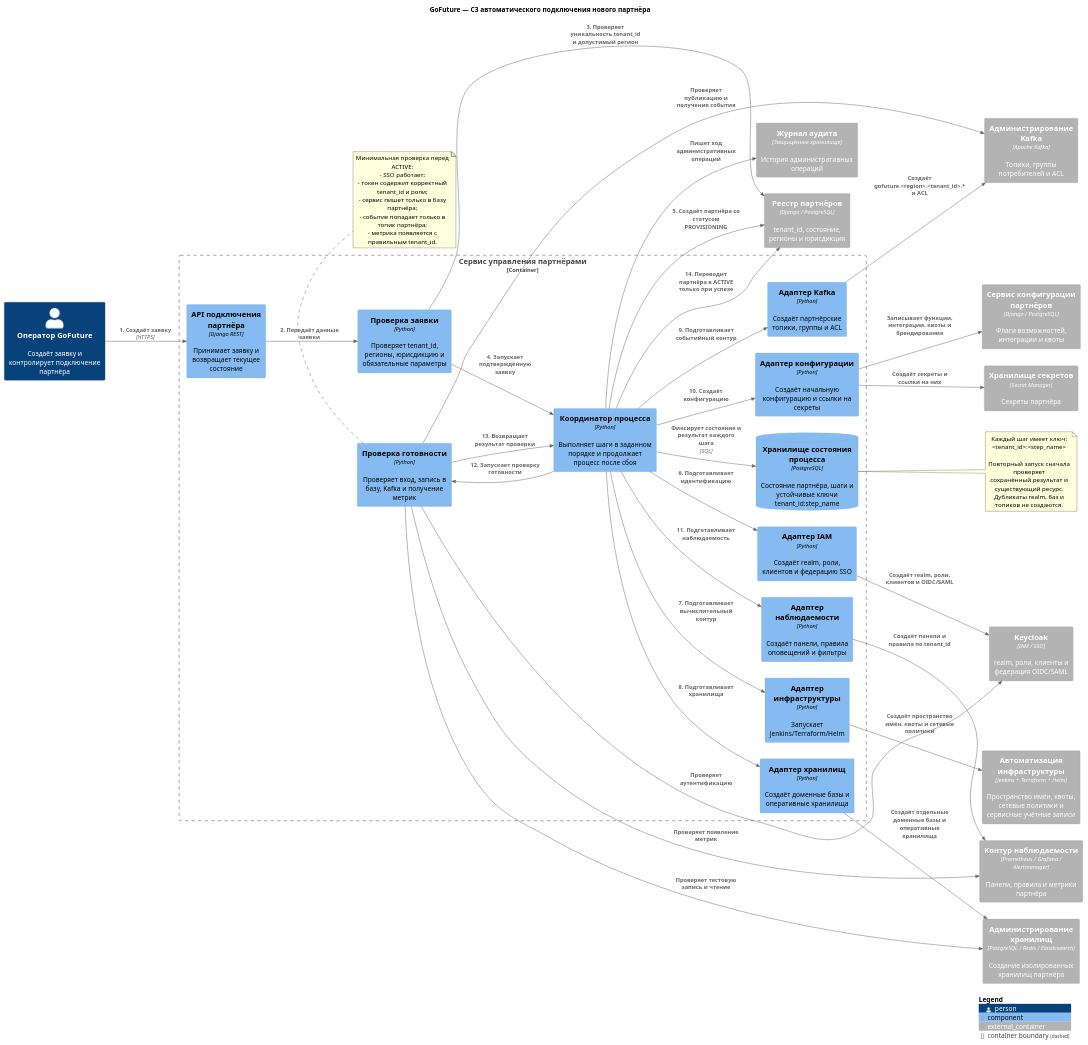
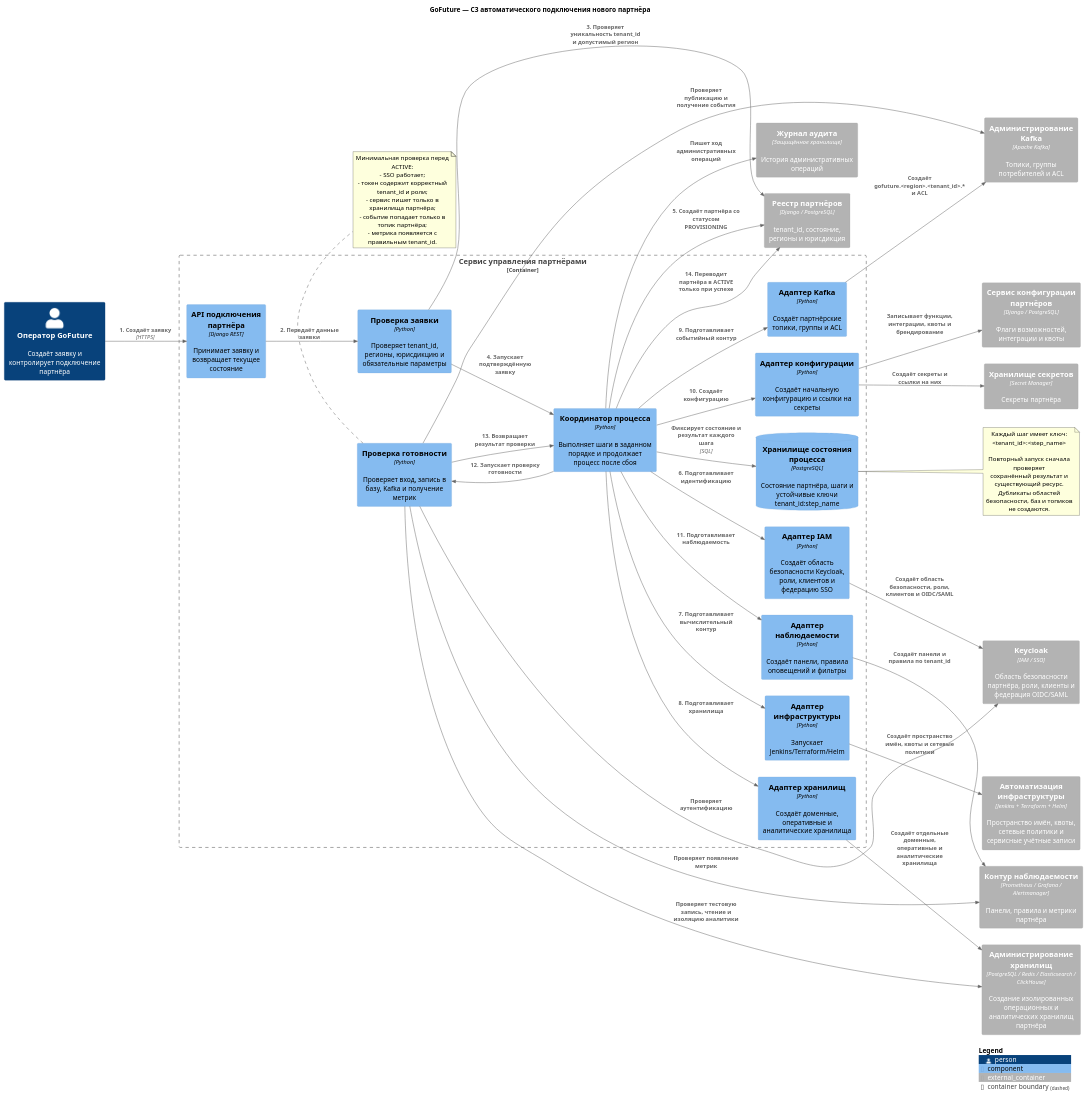
Before and after one commit to FFinn/MSA-GoFuture-v1: the diagram in Task4/C3-partner-provisioning.puml, drawn with PlantUML.

Commit message:
Task4: уточнить создание аналитики и терминологию IAM

```diff
--- a/Task4/C3-partner-provisioning.puml
+++ b/Task4/C3-partner-provisioning.puml
@@ -1,87 +1,88 @@
 @startuml GoFuture_C3_Partner_Provisioning_Task4
 !include https://raw.githubusercontent.com/plantuml-stdlib/C4-PlantUML/master/C4_Component.puml
 
 LAYOUT_LEFT_RIGHT()
 title GoFuture — C3 автоматического подключения нового партнёра
 
 Person(operator, "Оператор GoFuture", "Создаёт заявку и контролирует подключение партнёра")
 
 Container_Ext(tenant_registry, "Реестр партнёров", "Django / PostgreSQL", "tenant_id, состояние, регионы и юрисдикция")
-Container_Ext(iam, "Keycloak", "IAM / SSO", "realm, роли, клиенты и федерация OIDC/SAML")
+Container_Ext(iam, "Keycloak", "IAM / SSO", "Область безопасности партнёра, роли, клиенты и федерация OIDC/SAML")
 Container_Ext(automation, "Автоматизация инфраструктуры", "Jenkins + Terraform + Helm", "Пространство имён, квоты, сетевые политики и сервисные учётные записи")
-Container_Ext(data_platform, "Администрирование хранилищ", "PostgreSQL / Redis / Elasticsearch", "Создание изолированных хранилищ партнёра")
+Container_Ext(data_platform, "Администрирование хранилищ", "PostgreSQL / Redis / Elasticsearch / ClickHouse", "Создание изолированных операционных и аналитических хранилищ партнёра")
 Container_Ext(kafka_admin, "Администрирование Kafka", "Apache Kafka", "Топики, группы потребителей и ACL")
 Container_Ext(config_service, "Сервис конфигурации партнёров", "Django / PostgreSQL", "Флаги возможностей, интеграции и квоты")
 Container_Ext(secret_manager, "Хранилище секретов", "Secret Manager", "Секреты партнёра")
 Container_Ext(observability, "Контур наблюдаемости", "Prometheus / Grafana / Alertmanager", "Панели, правила и метрики партнёра")
 Container_Ext(audit, "Журнал аудита", "Защищённое хранилище", "История административных операций")
 
 Container_Boundary(provisioning_service, "Сервис управления партнёрами") {
     Component(api, "API подключения партнёра", "Django REST", "Принимает заявку и возвращает текущее состояние")
     Component(validator, "Проверка заявки", "Python", "Проверяет tenant_id, регионы, юрисдикцию и обязательные параметры")
     Component(orchestrator, "Координатор процесса", "Python", "Выполняет шаги в заданном порядке и продолжает процесс после сбоя")
     ComponentDb(state_store, "Хранилище состояния процесса", "PostgreSQL", "Состояние партнёра, шаги и устойчивые ключи tenant_id:step_name")
-    Component(iam_adapter, "Адаптер IAM", "Python", "Создаёт realm, роли, клиентов и федерацию SSO")
+    Component(iam_adapter, "Адаптер IAM", "Python", "Создаёт область безопасности Keycloak, роли, клиентов и федерацию SSO")
     Component(infra_adapter, "Адаптер инфраструктуры", "Python", "Запускает Jenkins/Terraform/Helm")
-    Component(data_adapter, "Адаптер хранилищ", "Python", "Создаёт доменные базы и оперативные хранилища")
+    Component(data_adapter, "Адаптер хранилищ", "Python", "Создаёт доменные, оперативные и аналитические хранилища")
     Component(kafka_adapter, "Адаптер Kafka", "Python", "Создаёт партнёрские топики, группы и ACL")
     Component(config_adapter, "Адаптер конфигурации", "Python", "Создаёт начальную конфигурацию и ссылки на секреты")
     Component(monitoring_adapter, "Адаптер наблюдаемости", "Python", "Создаёт панели, правила оповещений и фильтры")
     Component(verifier, "Проверка готовности", "Python", "Проверяет вход, запись в базу, Kafka и получение метрик")
 }
 
 Rel(operator, api, "1. Создаёт заявку", "HTTPS")
 Rel(api, validator, "2. Передаёт данные заявки")
 Rel(validator, tenant_registry, "3. Проверяет уникальность tenant_id и допустимый регион")
 Rel(validator, orchestrator, "4. Запускает подтверждённую заявку")
 Rel(orchestrator, state_store, "Фиксирует состояние и результат каждого шага", "SQL")
 Rel(orchestrator, tenant_registry, "5. Создаёт партнёра со статусом PROVISIONING")
 
 Rel(orchestrator, iam_adapter, "6. Подготавливает идентификацию")
-Rel(iam_adapter, iam, "Создаёт realm, роли, клиентов и OIDC/SAML")
+Rel(iam_adapter, iam, "Создаёт область безопасности, роли, клиентов и OIDC/SAML")
 
 Rel(orchestrator, infra_adapter, "7. Подготавливает вычислительный контур")
 Rel(infra_adapter, automation, "Создаёт пространство имён, квоты и сетевые политики")
 
 Rel(orchestrator, data_adapter, "8. Подготавливает хранилища")
-Rel(data_adapter, data_platform, "Создаёт отдельные доменные базы и оперативные хранилища")
+Rel(data_adapter, data_platform, "Создаёт отдельные доменные, оперативные и аналитические хранилища")
 
 Rel(orchestrator, kafka_adapter, "9. Подготавливает событийный контур")
 Rel(kafka_adapter, kafka_admin, "Создаёт gofuture.<region>.<tenant_id>.* и ACL")
 
 Rel(orchestrator, config_adapter, "10. Создаёт конфигурацию")
 Rel(config_adapter, config_service, "Записывает функции, интеграции, квоты и брендирование")
 Rel(config_adapter, secret_manager, "Создаёт секреты и ссылки на них")
 
 Rel(orchestrator, monitoring_adapter, "11. Подготавливает наблюдаемость")
 Rel(monitoring_adapter, observability, "Создаёт панели и правила по tenant_id")
 
 Rel(orchestrator, verifier, "12. Запускает проверку готовности")
 Rel(verifier, iam, "Проверяет аутентификацию")
-Rel(verifier, data_platform, "Проверяет тестовую запись и чтение")
+Rel(verifier, data_platform, "Проверяет тестовую запись, чтение и изоляцию аналитики")
 Rel(verifier, kafka_admin, "Проверяет публикацию и получение события")
 Rel(verifier, observability, "Проверяет появление метрик")
 Rel(verifier, orchestrator, "13. Возвращает результат проверки")
 Rel(orchestrator, tenant_registry, "14. Переводит партнёра в ACTIVE только при успехе")
 Rel(orchestrator, audit, "Пишет ход административных операций")
 
 note right of state_store
   Каждый шаг имеет ключ:
   <tenant_id>:<step_name>
 
   Повторный запуск сначала проверяет
   сохранённый результат и существующий ресурс.
-  Дубликаты realm, баз и топиков не создаются.
+  Дубликаты областей безопасности, баз и топиков
+  не создаются.
 end note
 
 note bottom of verifier
   Минимальная проверка перед ACTIVE:
   - SSO работает;
   - токен содержит корректный tenant_id и роли;
-  - сервис пишет только в базу партнёра;
+  - сервис пишет только в хранилища партнёра;
   - событие попадает только в топик партнёра;
   - метрика появляется с правильным tenant_id.
 end note
 
 SHOW_LEGEND()
 @enduml
```
